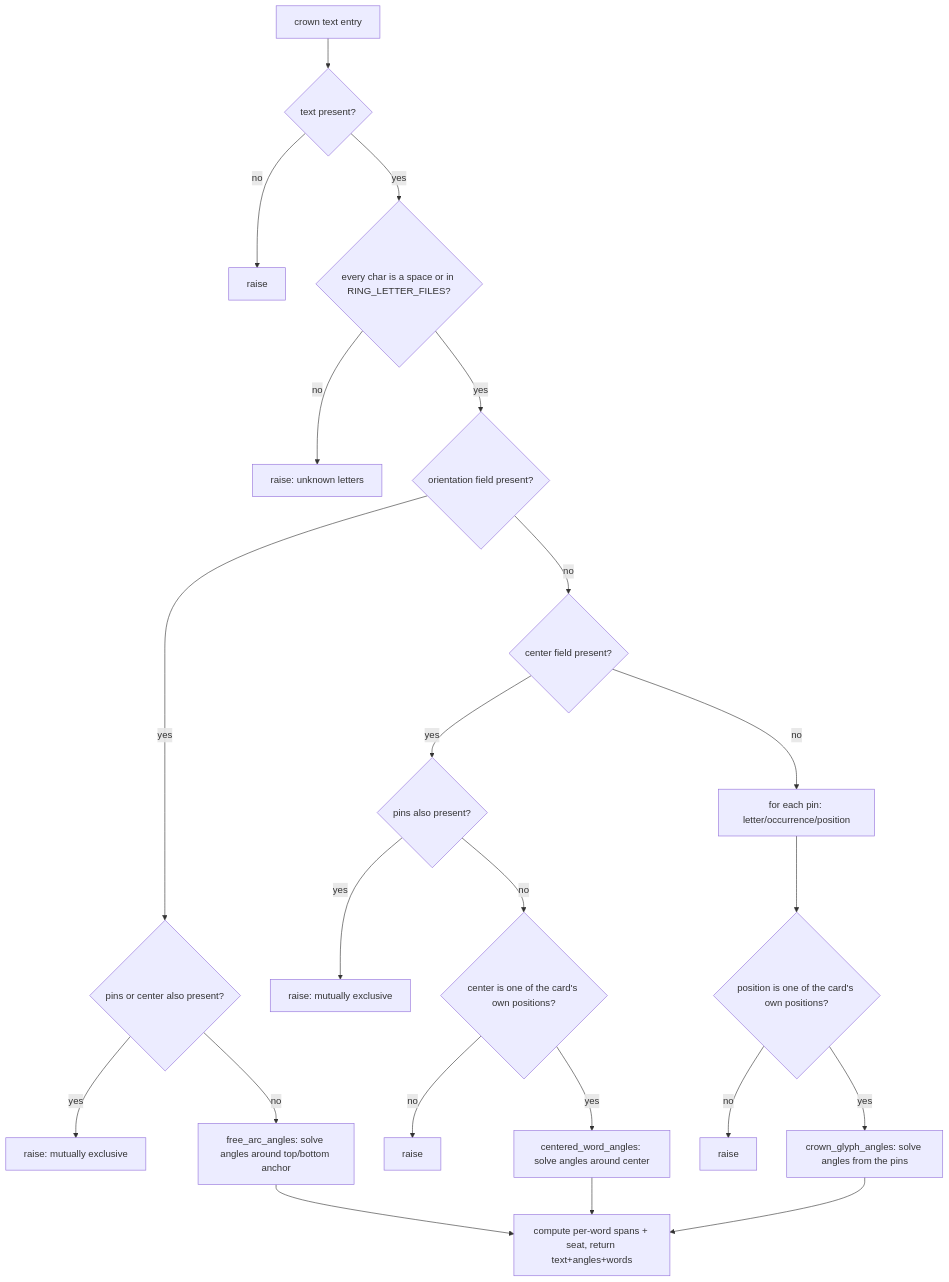
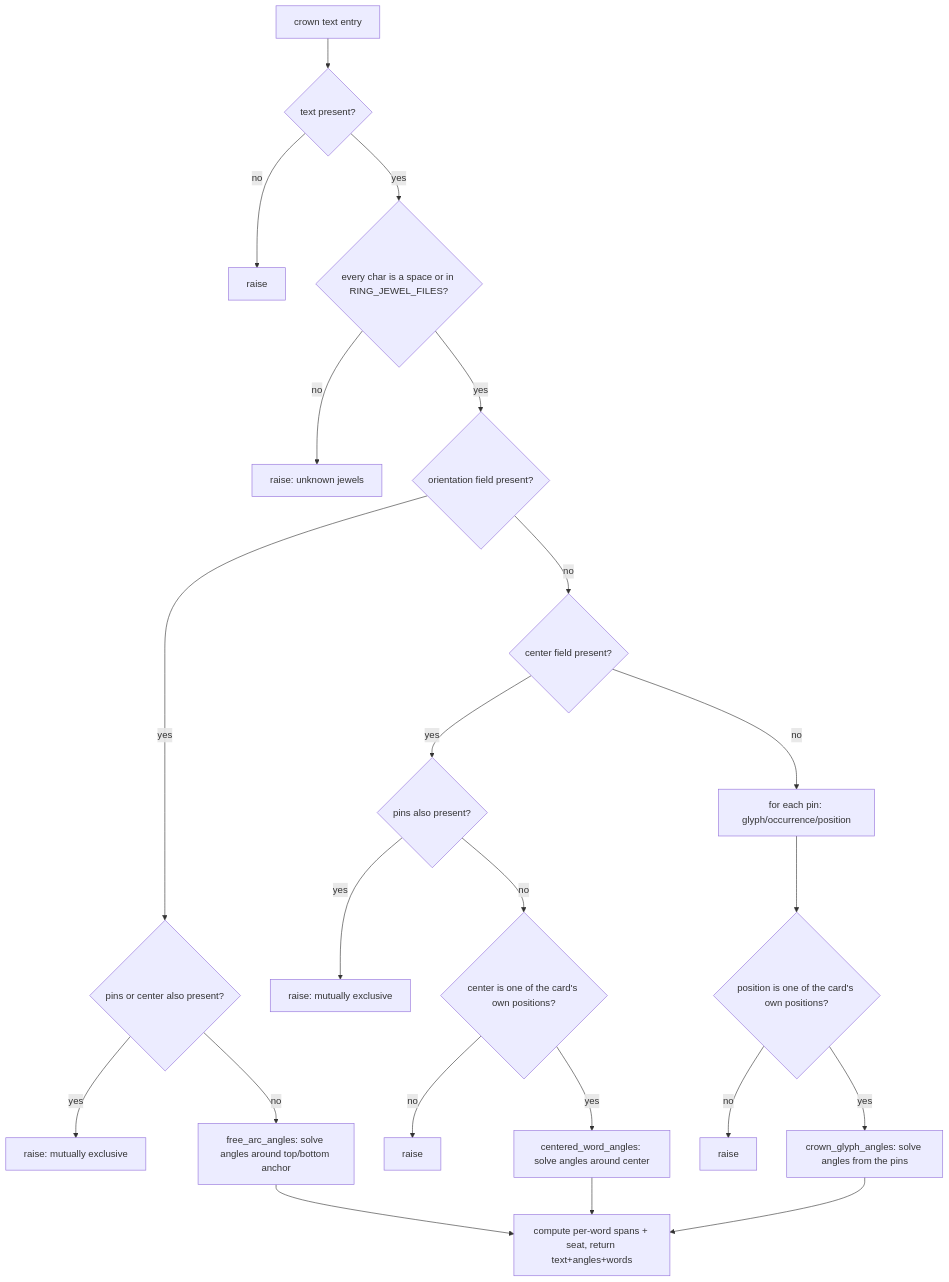
One commit to UVuruna/Watch-Academy changed the second of 2 diagrams in data/__flow/rings.md. Above: the diagram before and after it, drawn with Mermaid. The commit also changed other lines of this file and 26 other files, not shown here.

````diff
--- a/data/__flow/rings.md
+++ b/data/__flow/rings.md
@@ -54,24 +54,24 @@
 ```mermaid
 flowchart TB
     A[crown text entry] --> B{text present?}
     B -- no --> X1[raise]
-    B -- yes --> C{every char is a space or in RING_LETTER_FILES?}
-    C -- no --> X2[raise: unknown letters]
+    B -- yes --> C{every char is a space or in RING_JEWEL_FILES?}
+    C -- no --> X2[raise: unknown jewels]
     C -- yes --> O{orientation field present?}
     O -- yes --> O2{pins or center also present?}
     O2 -- yes --> X0[raise: mutually exclusive]
     O2 -- no --> O3[free_arc_angles: solve angles around top/bottom anchor]
     O -- no --> D{center field present?}
     D -- yes --> E{pins also present?}
     E -- yes --> X3[raise: mutually exclusive]
     E -- no --> F{center is one of the card's own positions?}
     F -- no --> X4[raise]
     F -- yes --> G[centered_word_angles: solve angles around center]
-    D -- no --> H[for each pin: letter/occurrence/position]
+    D -- no --> H[for each pin: glyph/occurrence/position]
     H --> I{position is one of the card's own positions?}
     I -- no --> X5[raise]
     I -- yes --> J[crown_glyph_angles: solve angles from the pins]
     O3 --> K[compute per-word spans + seat, return text+angles+words]
     G --> K
     J --> K
 ```
````
